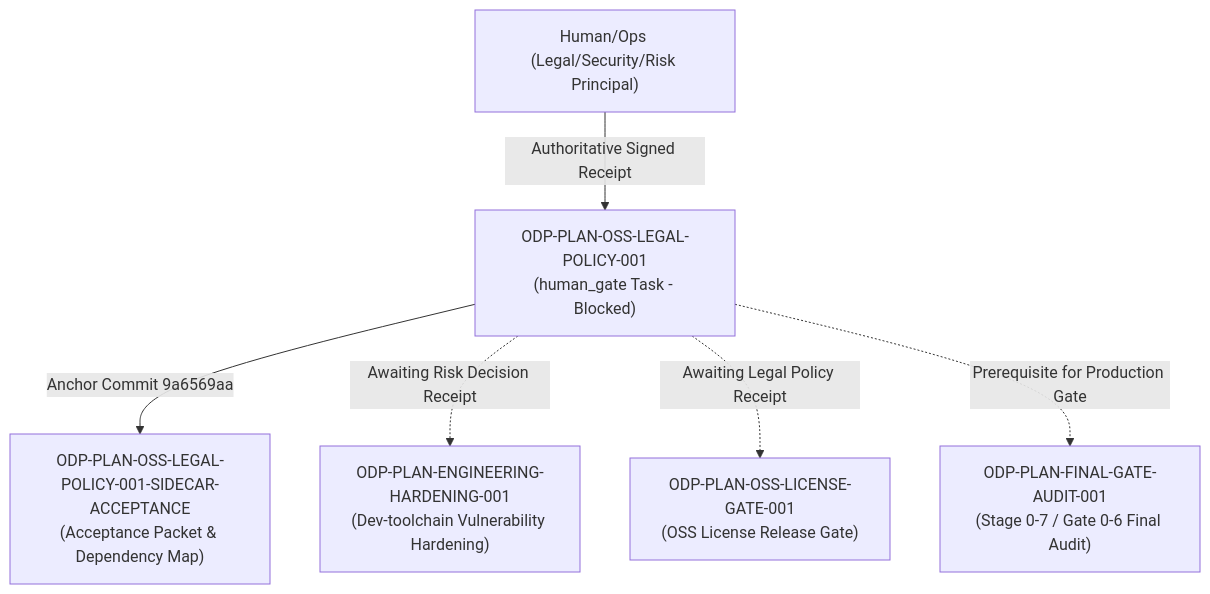
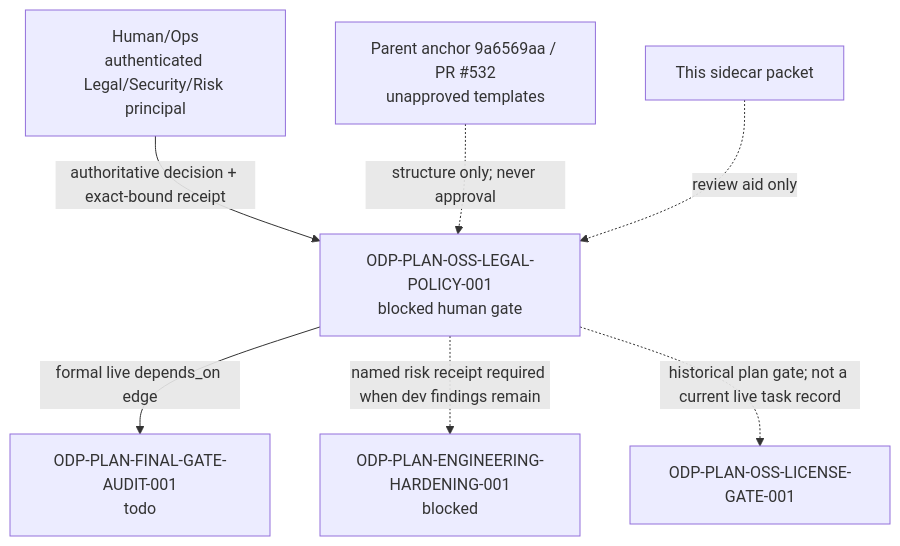
The diagram in support/sidecars/ODP-PLAN-OSS-LEGAL-POLICY-001/ODP-PLAN-OSS-LEGAL-POLICY-001-SIDECAR-ACCEPTANCE.md (alfloop-dev/odayplus), drawn with Mermaid before and after one commit. The commit also changed other lines of this file, not shown here.

First line of the commit message:
ODP-PLAN-OSS-LEGAL-POLICY-001-SIDECAR-ACCEPTANCE: finalize

````diff
--- a/support/sidecars/ODP-PLAN-OSS-LEGAL-POLICY-001/ODP-PLAN-OSS-LEGAL-POLICY-001-SIDECAR-ACCEPTANCE.md
+++ b/support/sidecars/ODP-PLAN-OSS-LEGAL-POLICY-001/ODP-PLAN-OSS-LEGAL-POLICY-001-SIDECAR-ACCEPTANCE.md
@@ -84,8 +74,9 @@
 ```mermaid
 graph TD
-    A["Human/Ops (Legal/Security/Risk Principal)"] -->|Authoritative Signed Receipt| B["ODP-PLAN-OSS-LEGAL-POLICY-001<br/>(human_gate Task - Blocked)"]
-    B -->|Anchor Commit 9a6569aa| C["ODP-PLAN-OSS-LEGAL-POLICY-001-SIDECAR-ACCEPTANCE<br/>(Acceptance Packet & Dependency Map)"]
-    B -.->|Awaiting Risk Decision Receipt| D["ODP-PLAN-ENGINEERING-HARDENING-001<br/>(Dev-toolchain Vulnerability Hardening)"]
-    B -.->|Awaiting Legal Policy Receipt| E["ODP-PLAN-OSS-LICENSE-GATE-001<br/>(OSS License Release Gate)"]
-    B -.->|Prerequisite for Production Gate| F["ODP-PLAN-FINAL-GATE-AUDIT-001<br/>(Stage 0-7 / Gate 0-6 Final Audit)"]
+    H["Human/Ops<br/>authenticated Legal/Security/Risk principal"] -->|authoritative decision + exact-bound receipt| P["ODP-PLAN-OSS-LEGAL-POLICY-001<br/>blocked human gate"]
+    T["Parent anchor 9a6569aa / PR #532<br/>unapproved templates"] -.->|structure only; never approval| P
+    P -->|formal live depends_on edge| F["ODP-PLAN-FINAL-GATE-AUDIT-001<br/>todo"]
+    P -.->|named risk receipt required when dev findings remain| E["ODP-PLAN-ENGINEERING-HARDENING-001<br/>blocked"]
+    P -.->|historical plan gate; not a current live task record| L["ODP-PLAN-OSS-LICENSE-GATE-001"]
+    S["This sidecar packet"] -.->|review aid only| P
 ```
````
